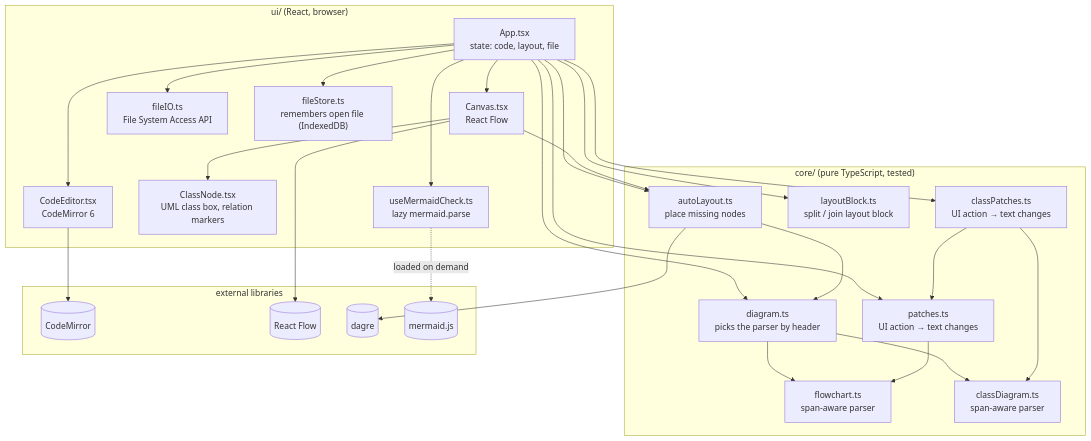
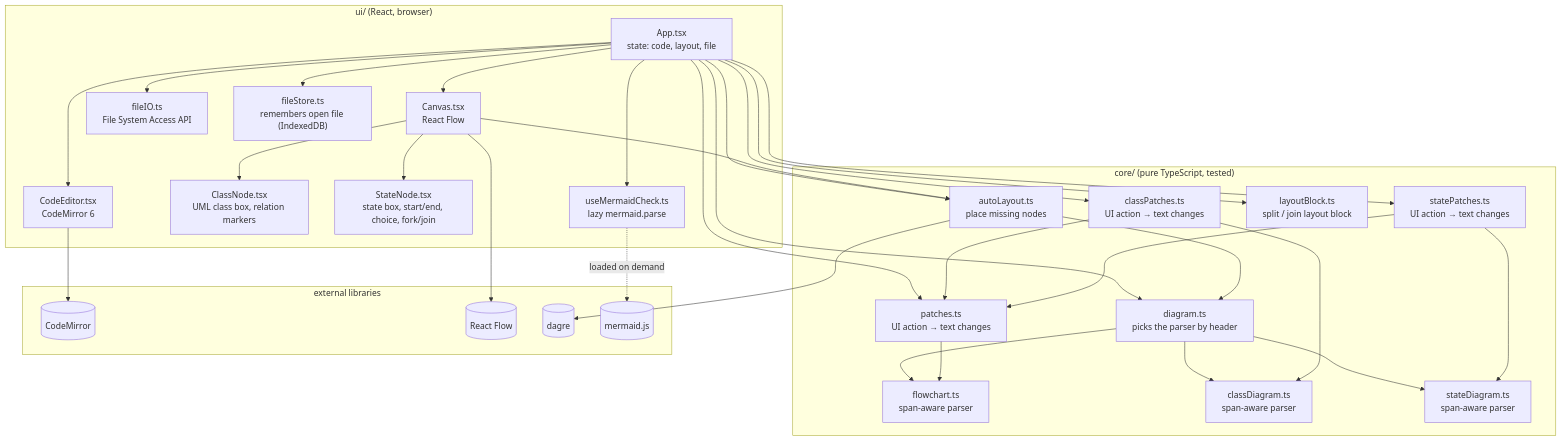
The first of 3 diagrams in docs/architecture.md (oguzmum/mirrormaid), drawn with Mermaid before and after one commit. The commit also changed 13 other files, not shown here.

Commit message:
add state diagrams

````diff
--- a/docs/architecture.md
+++ b/docs/architecture.md
@@ -13,53 +13,61 @@
 ```mermaid
 flowchart TB
     subgraph UI["ui/ (React, browser)"]
         App["App.tsx<br/>state: code, layout, file"]
         Editor["CodeEditor.tsx<br/>CodeMirror 6"]
         Canvas["Canvas.tsx<br/>React Flow"]
         ClassNode["ClassNode.tsx<br/>UML class box, relation markers"]
+        StateNode["StateNode.tsx<br/>state box, start/end, choice, fork/join"]
         FileIO["fileIO.ts<br/>File System Access API"]
         FileStore["fileStore.ts<br/>remembers open file (IndexedDB)"]
         Check["useMermaidCheck.ts<br/>lazy mermaid.parse"]
     end
 
     subgraph Core["core/ (pure TypeScript, tested)"]
         Diagram["diagram.ts<br/>picks the parser by header"]
         Parser["flowchart.ts<br/>span-aware parser"]
         Patches["patches.ts<br/>UI action → text changes"]
         ClassParser["classDiagram.ts<br/>span-aware parser"]
         ClassPatches["classPatches.ts<br/>UI action → text changes"]
+        StateParser["stateDiagram.ts<br/>span-aware parser"]
+        StatePatches["statePatches.ts<br/>UI action → text changes"]
         Block["layoutBlock.ts<br/>split / join layout block"]
         Auto["autoLayout.ts<br/>place missing nodes"]
     end
 
     subgraph Libs["external libraries"]
         CM[(CodeMirror)]
         RF[(React Flow)]
         Dagre[(dagre)]
         Mermaid[(mermaid.js)]
     end
 
     App --> Editor
     App --> Canvas
     App --> FileIO
     App --> FileStore
     App --> Check
     App --> Diagram
     App --> Patches
     App --> ClassPatches
+    App --> StatePatches
     App --> Block
     App --> Auto
 
     Diagram --> Parser
     Diagram --> ClassParser
+    Diagram --> StateParser
     Patches --> Parser
     ClassPatches --> ClassParser
     ClassPatches --> Patches
+    StatePatches --> StateParser
+    StatePatches --> Patches
     Auto --> Diagram
     Canvas --> ClassNode
+    Canvas --> StateNode
     Auto --> Dagre
     Canvas --> Auto
     Editor --> CM
     Canvas --> RF
     Check -.->|loaded on demand| Mermaid
 ```
````
